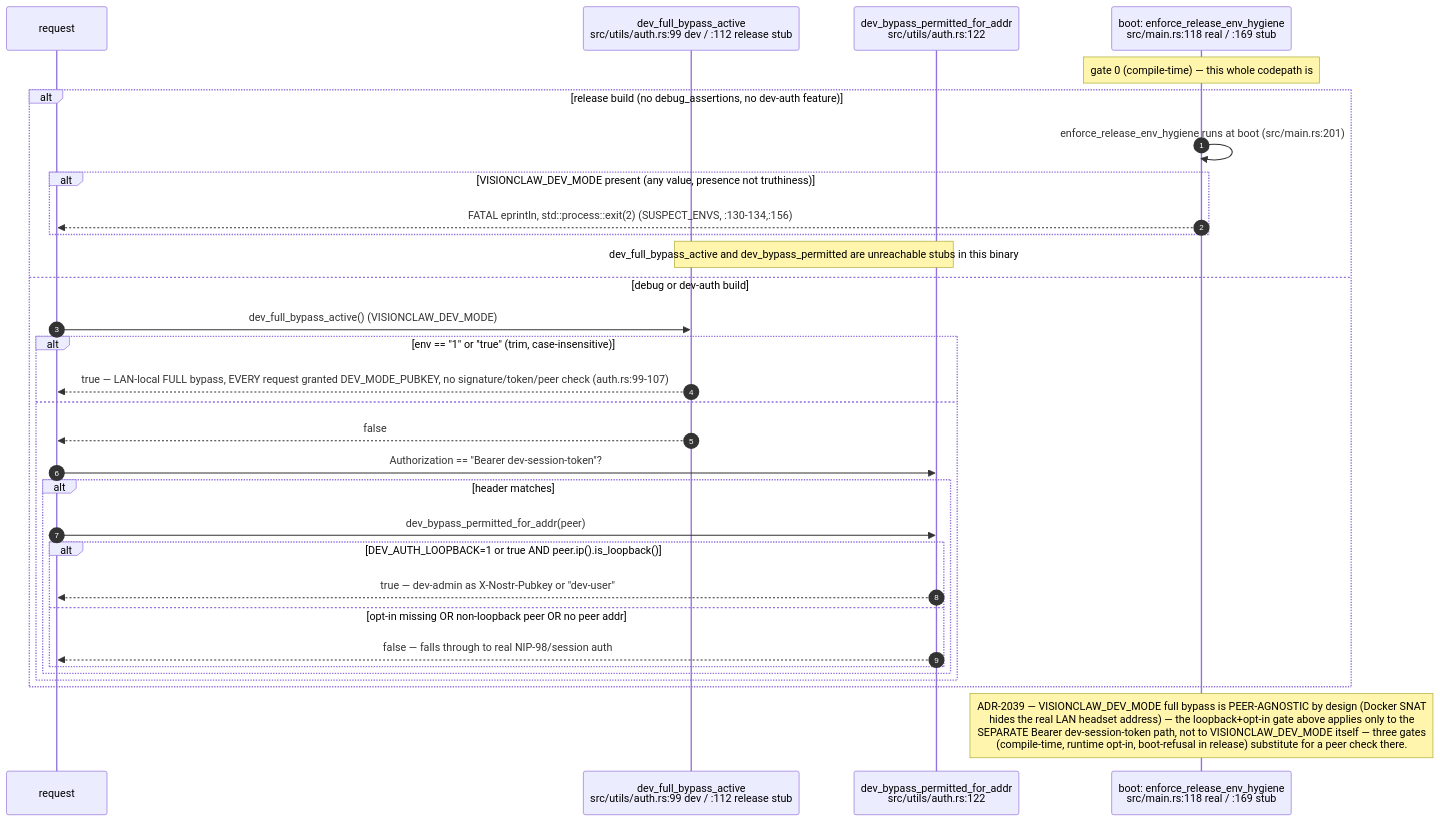
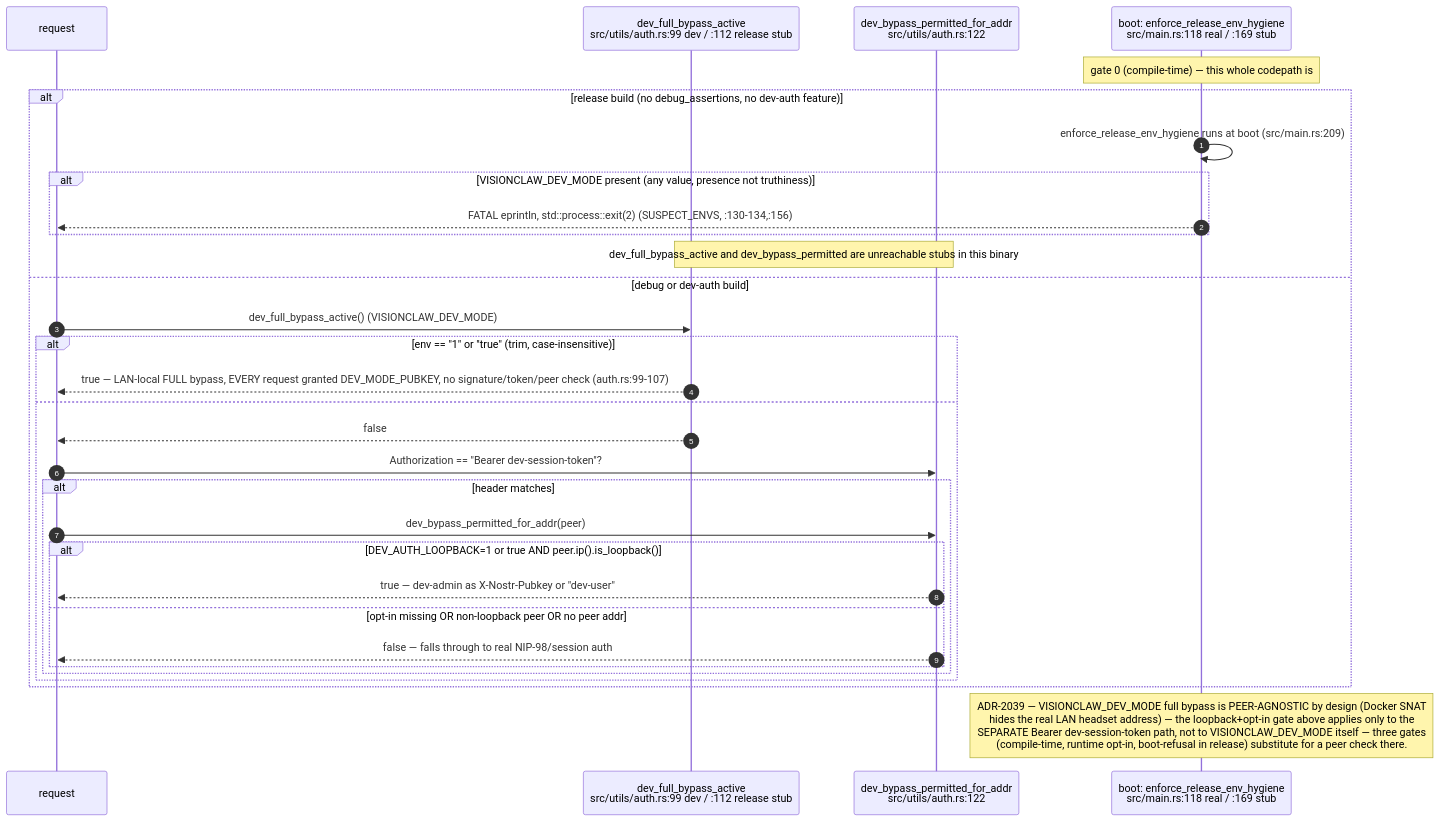
The tenth of 14 diagrams in docs/diagrams/visionclaw/03-request-lifecycle-and-rbac.md (DreamLab-AI/VisionFlow), drawn with Mermaid before and after one commit. The commit also changed other lines of this file and 111 other files, not shown here.

Commit message:
docs(diagrams): align estate maps with current source

````diff
--- a/docs/diagrams/visionclaw/03-request-lifecycle-and-rbac.md
+++ b/docs/diagrams/visionclaw/03-request-lifecycle-and-rbac.md
@@ -441,34 +441,34 @@
 ```mermaid
 sequenceDiagram
     autonumber
     participant R as request
     participant A as dev_full_bypass_active<br/>src/utils/auth.rs:99 dev / :112 release stub
     participant L as dev_bypass_permitted_for_addr<br/>src/utils/auth.rs:122
     participant B as boot: enforce_release_env_hygiene<br/>src/main.rs:118 real / :169 stub
 
     Note over B: gate 0 (compile-time) — this whole codepath is #[cfg(any(debug_assertions,#quot —dev-auth#quot —))]<br/>compiled OUT of a release binary entirely — release stub always returns false/None
     alt release build (no debug_assertions, no dev-auth feature)
-        B->>B: enforce_release_env_hygiene runs at boot (src/main.rs:201)
+        B->>B: enforce_release_env_hygiene runs at boot (src/main.rs:209)
         alt VISIONCLAW_DEV_MODE present (any value, presence not truthiness)
             B-->>R: FATAL eprintln, std::process::exit(2) (SUSPECT_ENVS, :130-134,:156)
         end
         Note over A,L: dev_full_bypass_active and dev_bypass_permitted are unreachable stubs in this binary
     else debug or dev-auth build
         R->>A: dev_full_bypass_active() (VISIONCLAW_DEV_MODE)
         alt env == "1" or "true" (trim, case-insensitive)
             A-->>R: true — LAN-local FULL bypass, EVERY request granted DEV_MODE_PUBKEY, no signature/token/peer check (auth.rs:99-107)
         else
             A-->>R: false
             R->>L: Authorization == "Bearer dev-session-token"?
             alt header matches
                 R->>L: dev_bypass_permitted_for_addr(peer)
                 alt DEV_AUTH_LOOPBACK=1 or true AND peer.ip().is_loopback()
                     L-->>R: true — dev-admin as X-Nostr-Pubkey or "dev-user"
                 else opt-in missing OR non-loopback peer OR no peer addr
                     L-->>R: false — falls through to real NIP-98/session auth
                 end
             end
         end
     end
     Note over B: ADR-2039 — VISIONCLAW_DEV_MODE full bypass is PEER-AGNOSTIC by design (Docker SNAT<br/>hides the real LAN headset address) — the loopback+opt-in gate above applies only to the<br/>SEPARATE Bearer dev-session-token path, not to VISIONCLAW_DEV_MODE itself — three gates<br/>(compile-time, runtime opt-in, boot-refusal in release) substitute for a peer check there.
 ```
````
